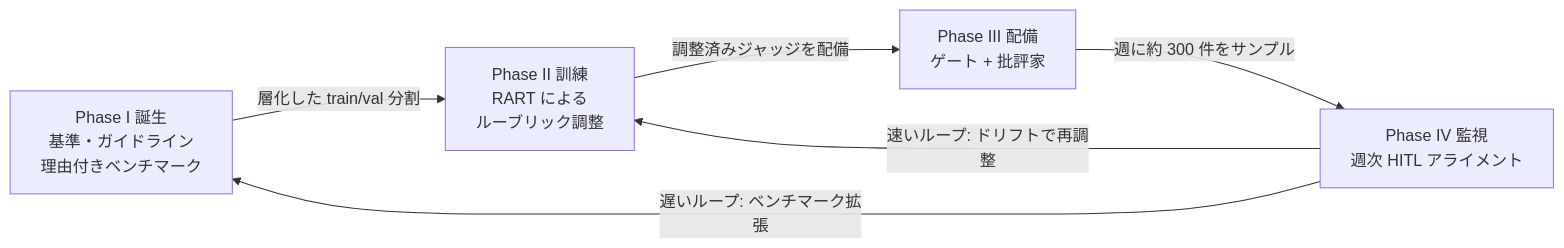
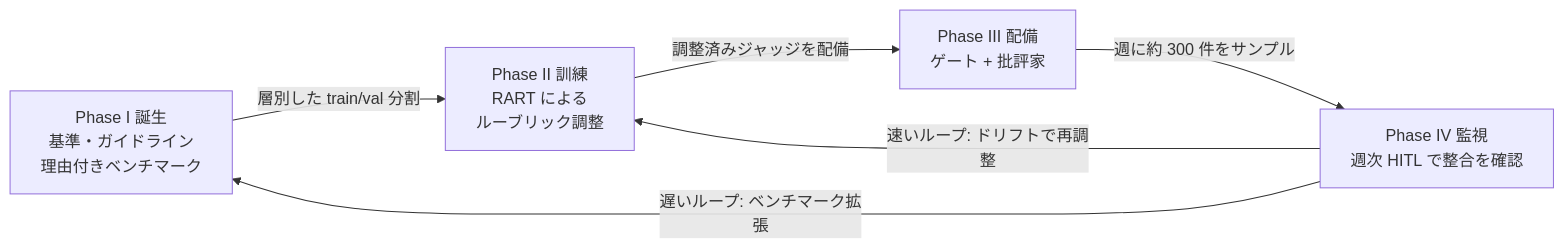
One commit to yoichiozaki/yoichiozaki.github.io changed the first of 3 diagrams in content/blog/ja/llm-as-a-judge-lifecycle.mdx. Above: the diagram before and after it, drawn with Mermaid. The commit also changed other lines of this file and 220 other files, not shown here.

````diff
--- a/content/blog/ja/llm-as-a-judge-lifecycle.mdx
+++ b/content/blog/ja/llm-as-a-judge-lifecycle.mdx
@@ -57,12 +57,12 @@
 ```mermaid
 flowchart LR
   P1["Phase I 誕生<br/>基準・ガイドライン<br/>理由付きベンチマーク"]
   P2["Phase II 訓練<br/>RART による<br/>ルーブリック調整"]
   P3["Phase III 配備<br/>ゲート + 批評家"]
-  P4["Phase IV 監視<br/>週次 HITL アライメント"]
-  P1 -->|"層化した train/val 分割"| P2
+  P4["Phase IV 監視<br/>週次 HITL で整合を確認"]
+  P1 -->|"層別した train/val 分割"| P2
   P2 -->|"調整済みジャッジを配備"| P3
   P3 -->|"週に約 300 件をサンプル"| P4
   P4 -->|"速いループ: ドリフトで再調整"| P2
   P4 -->|"遅いループ: ベンチマーク拡張"| P1
 ```
````
